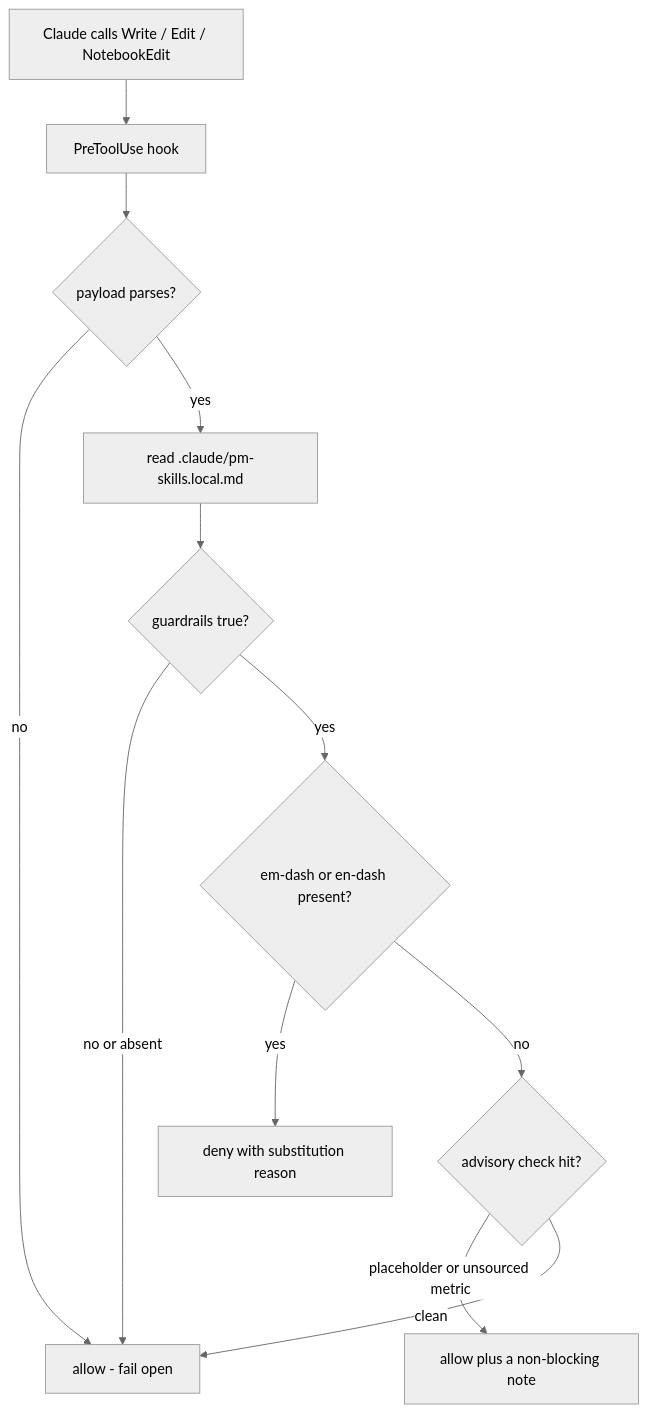
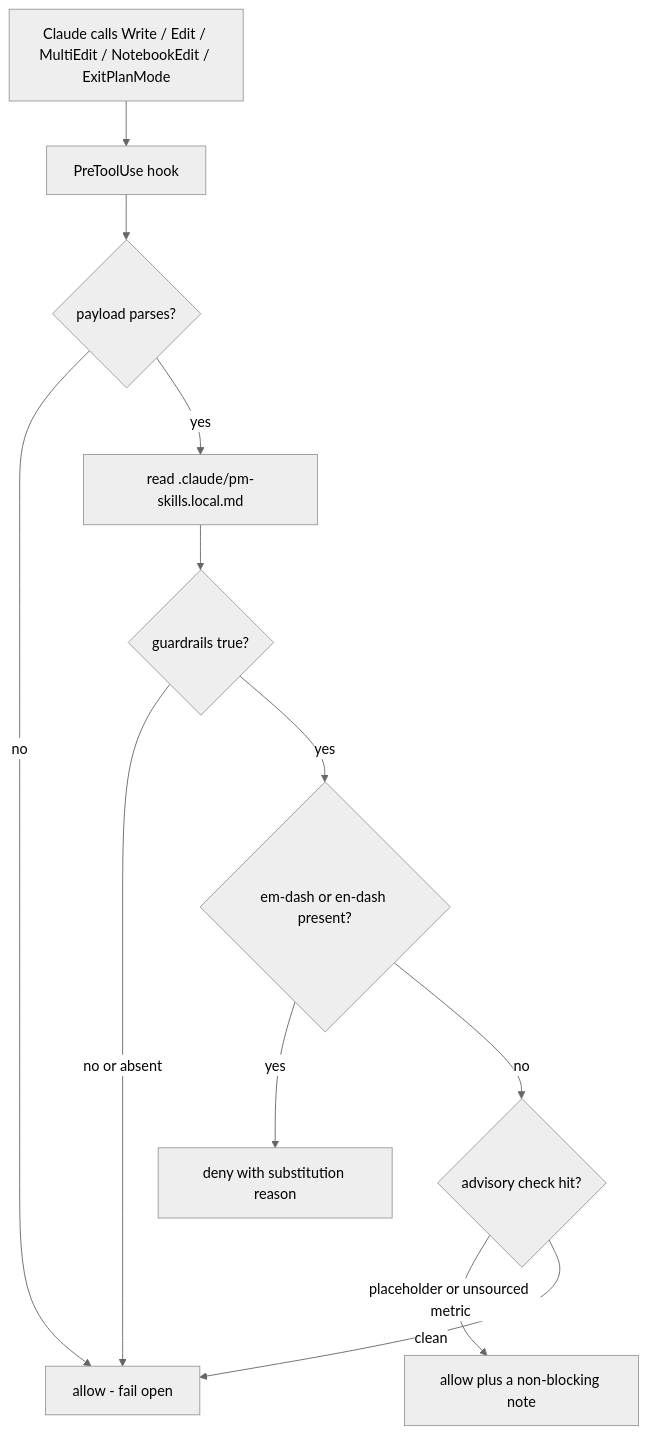
The first of 3 diagrams in site/src/content/docs/releases/Release_v2.25.0.md (product-on-purpose/pm-skills), drawn with Mermaid (neutral theme) before and after one commit. The commit also changed 9 other files, not shown here.

First line of the commit message:
fix(v2.25.0): resolve Codex adversarial-review findings (plan-mode + router ambiguity)

````diff
--- a/site/src/content/docs/releases/Release_v2.25.0.md
+++ b/site/src/content/docs/releases/Release_v2.25.0.md
@@ -32,14 +32,14 @@
 ```mermaid
 flowchart TD
-    A[Claude calls Write / Edit / NotebookEdit] --> B[PreToolUse hook]
+    A[Claude calls Write / Edit / MultiEdit / NotebookEdit / ExitPlanMode] --> B[PreToolUse hook]
     B --> C{payload parses?}
     C -->|no| ALLOW[allow - fail open]
     C -->|yes| D[read .claude/pm-skills.local.md]
     D --> E{guardrails true?}
     E -->|no or absent| ALLOW
     E -->|yes| F{em-dash or en-dash present?}
     F -->|yes| DENY[deny with substitution reason]
     F -->|no| G{advisory check hit?}
     G -->|placeholder or unsourced metric| WARN[allow plus a non-blocking note]
     G -->|clean| ALLOW
 ```
````
